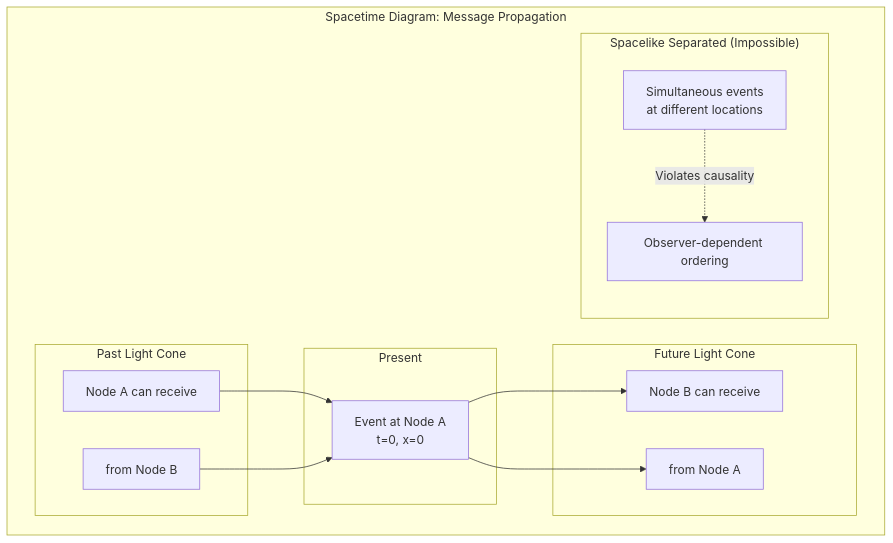
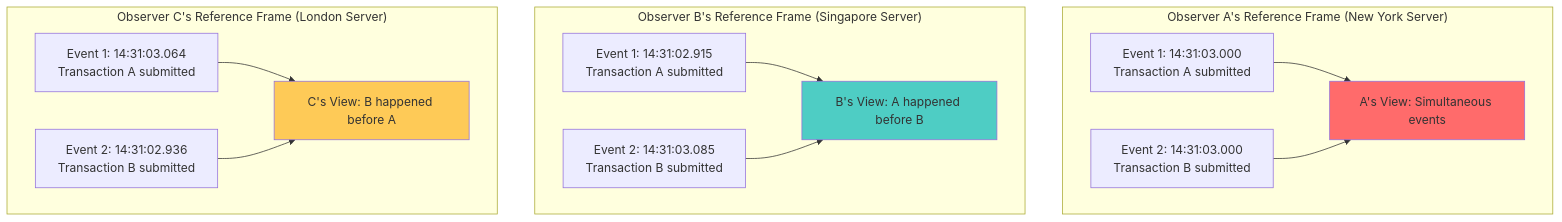
The second of 8 diagrams in docs/core-principles/laws/asynchronous-reality.md (deepaucksharma/DStudio), drawn with Mermaid before and after one commit. The commit also changed other lines of this file and 498 other files, not shown here.

First line of the commit message:
feat: comprehensive knowledge graph quality improvements

````diff
--- a/docs/core-principles/laws/asynchronous-reality.md
+++ b/docs/core-principles/laws/asynchronous-reality.md
@@ -45,30 +169,31 @@
 ```mermaid
 graph TB
-    subgraph "Spacetime Diagram: Message Propagation"
-        subgraph "Future Light Cone"
-            F1["Node B can receive"]
-            F2["from Node A"]
-        end
-        
-        subgraph "Present"
-            A["Event at Node A<br/>t=0, x=0"]
-        end
-        
-        subgraph "Past Light Cone"
-            P1["Node A can receive"]
-            P2["from Node B"]
-        end
-        
-        subgraph "Spacelike Separated (Impossible)"
-            S1["Simultaneous events<br/>at different locations"]
-            S2["Observer-dependent ordering"]
-        end
+    subgraph "Observer A's Reference Frame (New York Server)"
+        A1["Event 1: 14:31:03.000<br/>Transaction A submitted"]
+        A2["Event 2: 14:31:03.000<br/>Transaction B submitted"]
+        A3["A's View: Simultaneous events"]
     end
     
-    A --> F1
-    A --> F2
-    P1 --> A
-    P2 --> A
+    subgraph "Observer B's Reference Frame (Singapore Server)"  
+        B1["Event 1: 14:31:02.915<br/>Transaction A submitted"]
+        B2["Event 2: 14:31:03.085<br/>Transaction B submitted"] 
+        B3["B's View: A happened before B"]
+    end
     
-    S1 -.->|"Violates causality"| S2
+    subgraph "Observer C's Reference Frame (London Server)"
+        C1["Event 1: 14:31:03.064<br/>Transaction A submitted"]
+        C2["Event 2: 14:31:02.936<br/>Transaction B submitted"]
+        C3["C's View: B happened before A"]
+    end
+    
+    A1 --> A3
+    A2 --> A3
+    B1 --> B3  
+    B2 --> B3
+    C1 --> C3
+    C2 --> C3
+    
+    style A3 fill:#ff6b6b
+    style B3 fill:#4ecdc4  
+    style C3 fill:#feca57
 ```
````
